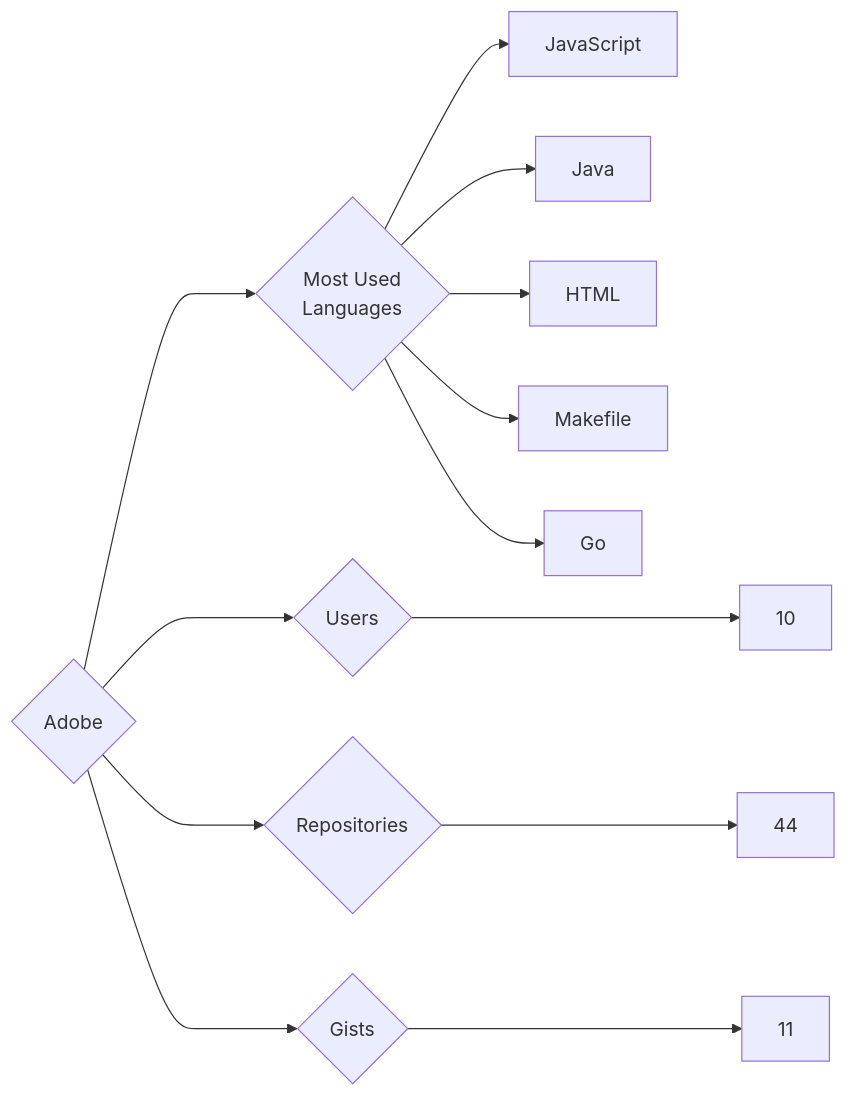
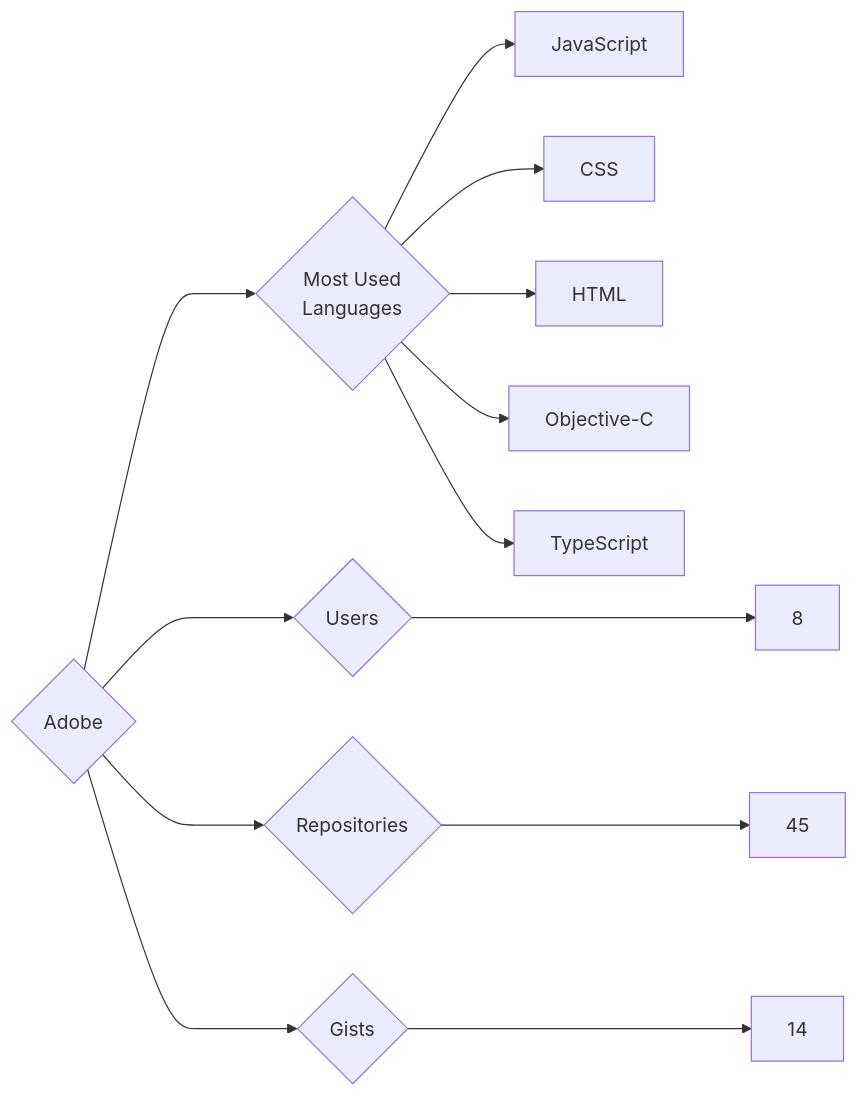
The diagram in targets/Adobe/README.md (trickest/insiders), drawn with Mermaid before and after one commit. The commit also changed 1148 other files, not shown here.

````diff
--- a/targets/Adobe/README.md
+++ b/targets/Adobe/README.md
@@ -3,13 +3,13 @@
 ```mermaid
 graph LR
 COMPANY_NAME{Adobe}
-COMPANY_NAME ---> U{Users} ---> UN[10]
-COMPANY_NAME ---> R{Repositories} ---> RN[44]
-COMPANY_NAME ---> G{Gists} ---> GN[11]
+COMPANY_NAME ---> U{Users} ---> UN[8]
+COMPANY_NAME ---> R{Repositories} ---> RN[45]
+COMPANY_NAME ---> G{Gists} ---> GN[14]
 COMPANY_NAME ---> ML{Most Used<br>Languages}
 ML --> JavaScript[JavaScript]
-ML --> Java[Java]
+ML --> CSS[CSS]
 ML --> HTML[HTML]
-ML --> Makefile[Makefile]
-ML --> Go[Go]
+ML --> Objective-C[Objective-C]
+ML --> TypeScript[TypeScript]
 ```
````
